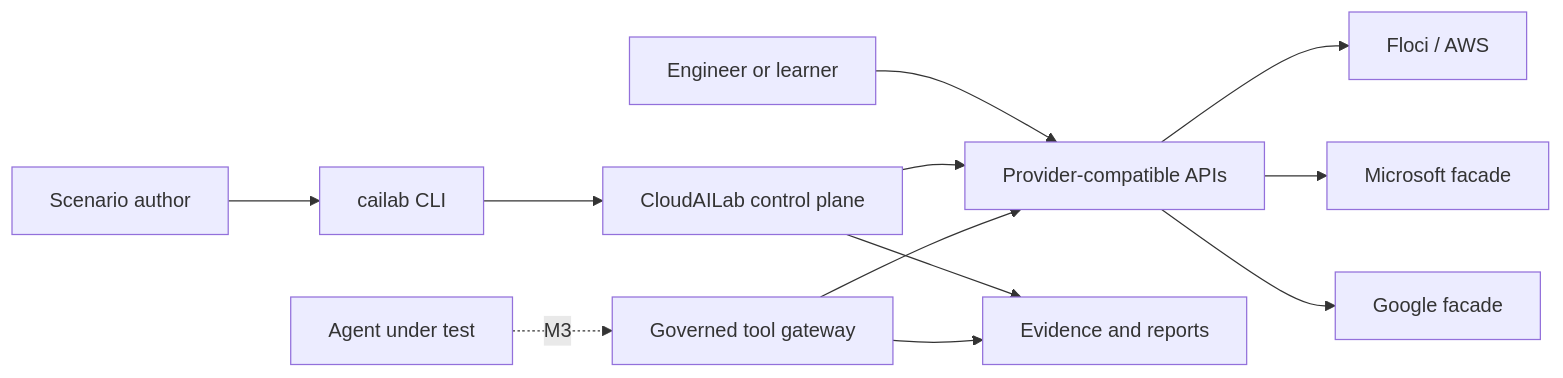
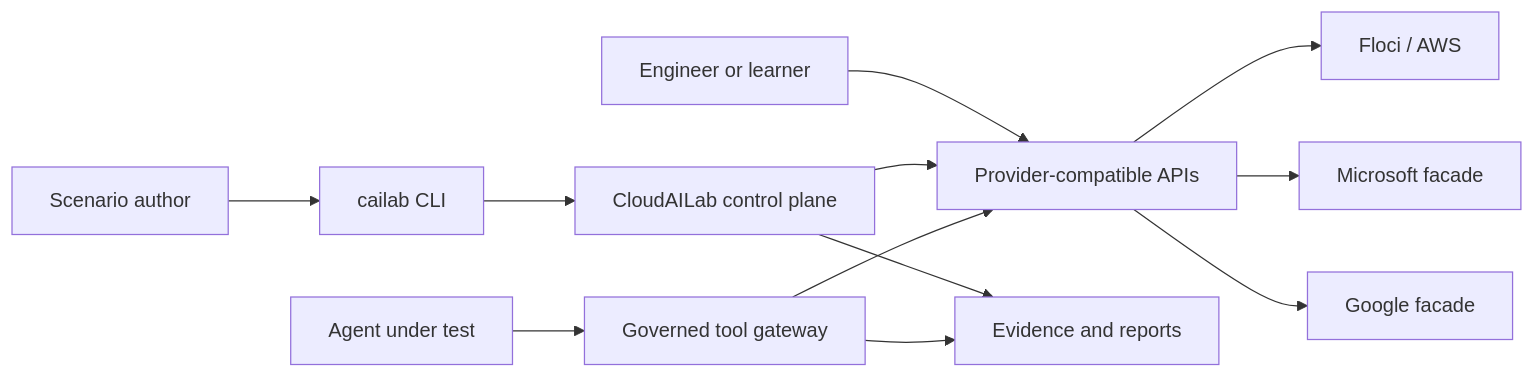
One commit to msinclair25/cailab changed the first of 2 diagrams in docs/02-architecture/system-architecture.md. Above: the diagram before and after it, drawn with Mermaid. The commit also changed other lines of this file and 82 other files, not shown here.

````diff
--- a/docs/02-architecture/system-architecture.md
+++ b/docs/02-architecture/system-architecture.md
@@ -12,14 +12,14 @@
 ```mermaid
 flowchart LR
     Author["Scenario author"] --> CLI["cailab CLI"]
     Learner["Engineer or learner"] --> APIs["Provider-compatible APIs"]
-    Agent["Agent under test"] -. M3 .-> Gateway["Governed tool gateway"]
+    Agent["Agent under test"] --> Gateway["Governed tool gateway"]
     CLI --> Core["CloudAILab control plane"]
     Core --> APIs
     Gateway --> APIs
     APIs --> AWS["Floci / AWS"]
     APIs --> MS["Microsoft facade"]
     APIs --> Google["Google facade"]
     Core --> Reports["Evidence and reports"]
     Gateway --> Reports
 ```
````
